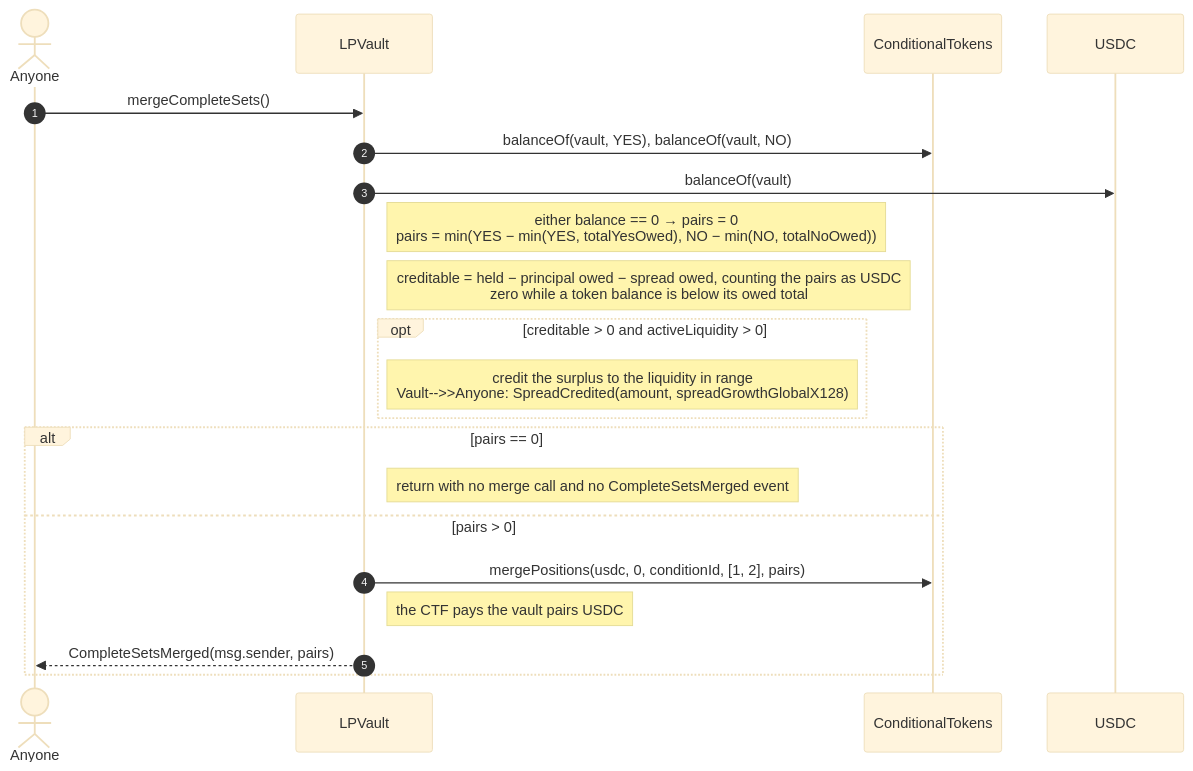
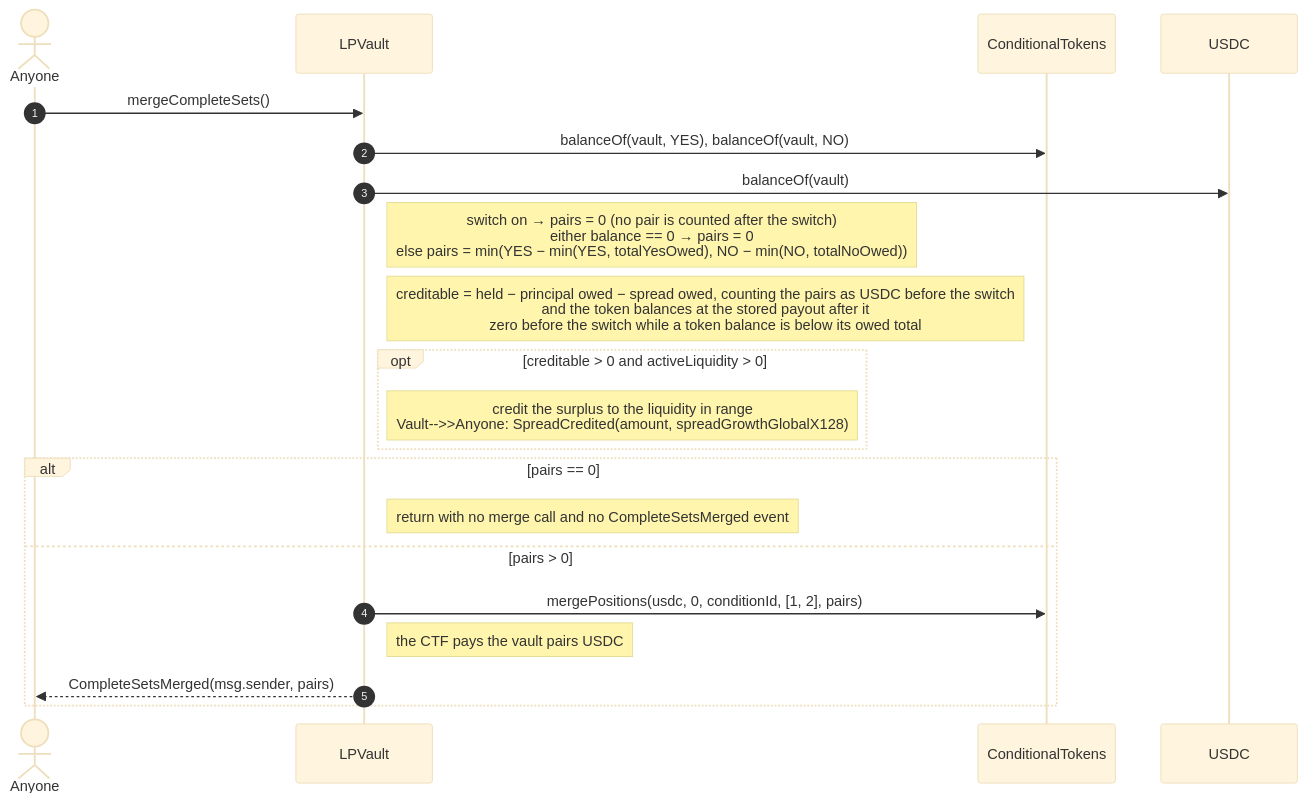
Before and after one commit to ProphetMarket/lp-vaults: diagram 15 of 22 in specs/FLOWS.md, drawn with Mermaid (base theme). The commit also changed other lines of this file and 1 other file, not shown here.

First line of the commit message:
chore (vault): Correct the flows to the code

````diff
--- a/specs/FLOWS.md
+++ b/specs/FLOWS.md
@@ -483,24 +491,24 @@
 ```mermaid
 sequenceDiagram
     autonumber
     actor Anyone
     participant Vault as LPVault
     participant CTF as ConditionalTokens
     participant USDC
 
     Anyone->>Vault: mergeCompleteSets()
     Vault->>CTF: balanceOf(vault, YES), balanceOf(vault, NO)
     Vault->>USDC: balanceOf(vault)
-    Note right of Vault: either balance == 0 → pairs = 0<br/>pairs = min(YES − min(YES, totalYesOwed), NO − min(NO, totalNoOwed))
-    Note right of Vault: creditable = held − principal owed − spread owed, counting the pairs as USDC<br/>zero while a token balance is below its owed total
+    Note right of Vault: switch on → pairs = 0 (no pair is counted after the switch)<br/>either balance == 0 → pairs = 0<br/>else pairs = min(YES − min(YES, totalYesOwed), NO − min(NO, totalNoOwed))
+    Note right of Vault: creditable = held − principal owed − spread owed, counting the pairs as USDC before the switch<br/>and the token balances at the stored payout after it<br/>zero before the switch while a token balance is below its owed total
     opt creditable > 0 and activeLiquidity > 0
         Note right of Vault: credit the surplus to the liquidity in range<br/>Vault-->>Anyone: SpreadCredited(amount, spreadGrowthGlobalX128)
     end
     alt pairs == 0
         Note right of Vault: return with no merge call and no CompleteSetsMerged event
     else pairs > 0
         Vault->>CTF: mergePositions(usdc, 0, conditionId, [1, 2], pairs)
         Note right of Vault: the CTF pays the vault pairs USDC
         Vault-->>Anyone: CompleteSetsMerged(msg.sender, pairs)
     end
 ```
````
